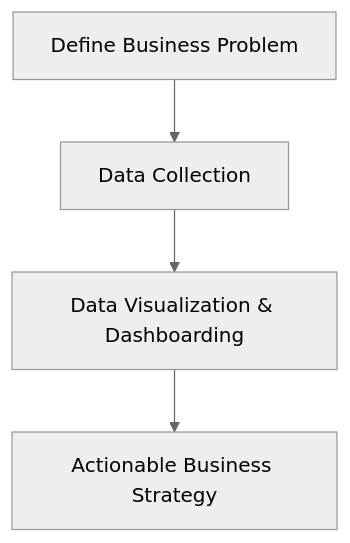
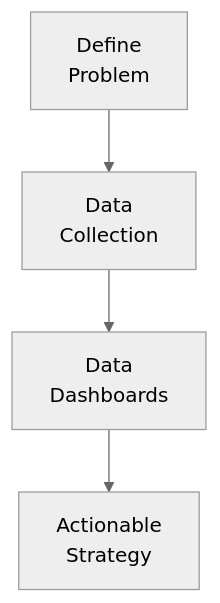
The third of 3 diagrams in curriculum-app/src/content/lessons/ug/bba/sem5/week18.md (the-career-breweries/tcb-soft-skills), drawn with Mermaid (neutral theme) before and after one commit. The commit also changed other lines of this file and 5 other files, not shown here.

Commit message:
fix: aggressively solve mermaid text truncation

````diff
--- a/curriculum-app/src/content/lessons/ug/bba/sem5/week18.md
+++ b/curriculum-app/src/content/lessons/ug/bba/sem5/week18.md
@@ -62,6 +62,6 @@
 ```mermaid
 flowchart TD
-    A[Define Business Problem] --> B[Data Collection]
-    B --> C[Data Visualization & Dashboarding]
-    C --> D[Actionable Business Strategy]
+    A[Define<br/>Problem] --> B[Data<br/>Collection]
+    B --> C[Data<br/>Dashboards]
+    C --> D[Actionable<br/>Strategy]
 ```
````
